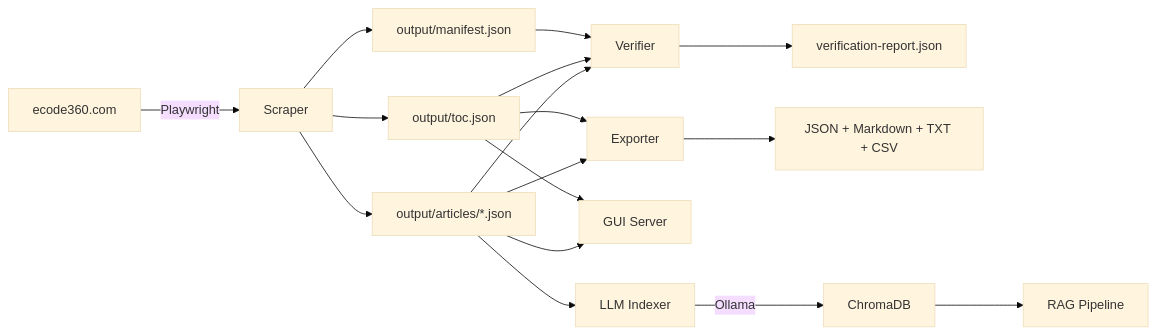
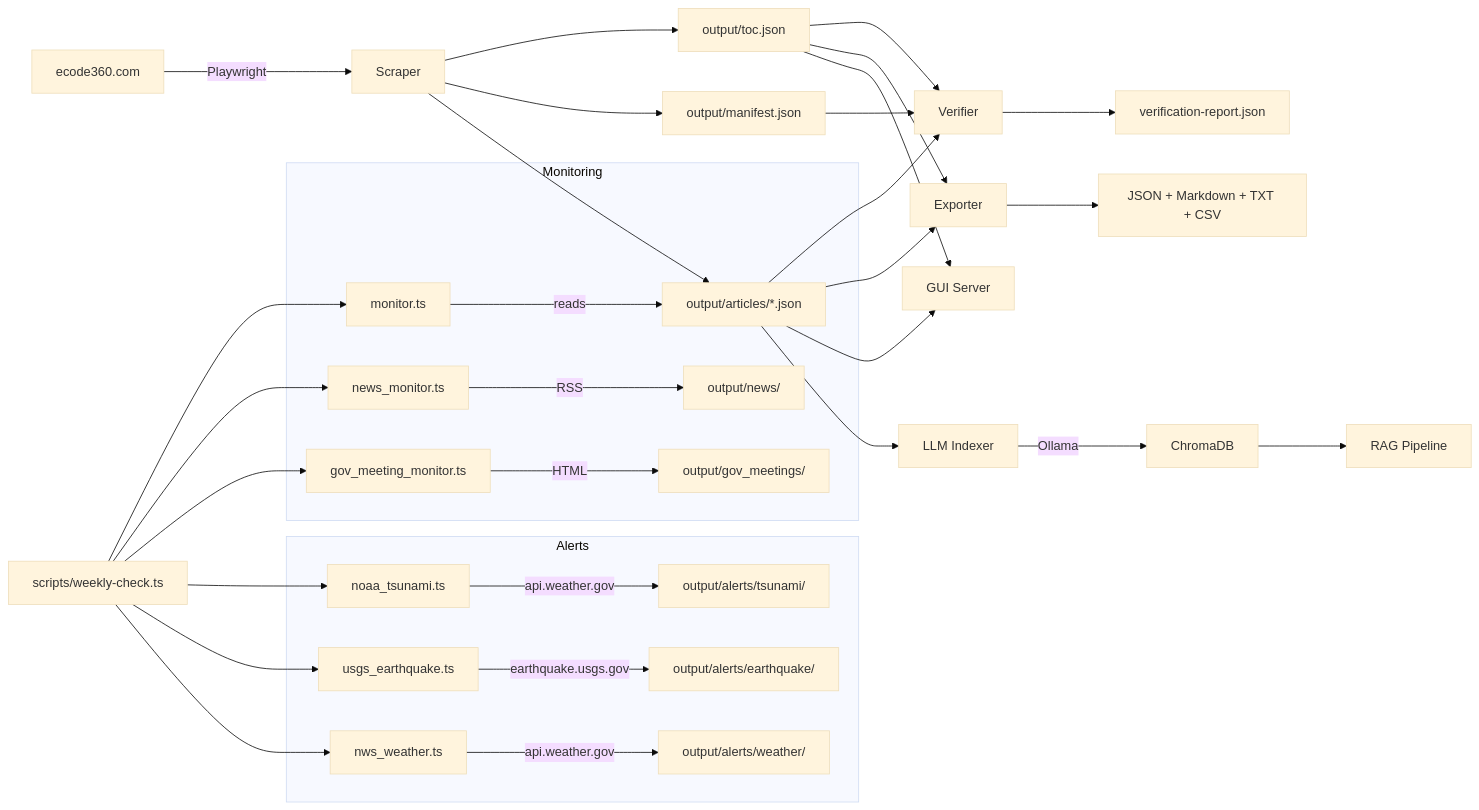
The first of 2 diagrams in docs/architecture.md (docxology/crescent-city), drawn with Mermaid (base theme) before and after one commit. The commit also changed other lines of this file and 26 other files, not shown here.

````diff
--- a/docs/architecture.md
+++ b/docs/architecture.md
@@ -34,19 +43,38 @@
 ```mermaid
 graph LR
     A[ecode360.com] -->|Playwright| B[Scraper]
     B --> C[output/toc.json]
     B --> D[output/articles/*.json]
     B --> E[output/manifest.json]
     D --> F[Verifier]
     C --> F
     E --> F
     F --> G[verification-report.json]
     D --> H[Exporter]
     C --> H
     H --> I[JSON + Markdown + TXT + CSV]
     D --> J[GUI Server]
     C --> J
     D --> K[LLM Indexer]
     K -->|Ollama| L[ChromaDB]
     L --> M[RAG Pipeline]
+
+    subgraph Monitoring
+      N[monitor.ts] -->|reads| D
+      O[news_monitor.ts] -->|RSS| P[output/news/]
+      Q[gov_meeting_monitor.ts] -->|HTML| R[output/gov_meetings/]
+    end
+
+    subgraph Alerts
+      S[noaa_tsunami.ts] -->|api.weather.gov| T[output/alerts/tsunami/]
+      U[usgs_earthquake.ts] -->|earthquake.usgs.gov| V[output/alerts/earthquake/]
+      W[nws_weather.ts] -->|api.weather.gov| X[output/alerts/weather/]
+    end
+
+    scripts/weekly-check.ts --> N
+    scripts/weekly-check.ts --> O
+    scripts/weekly-check.ts --> Q
+    scripts/weekly-check.ts --> S
+    scripts/weekly-check.ts --> U
+    scripts/weekly-check.ts --> W
 ```
````
